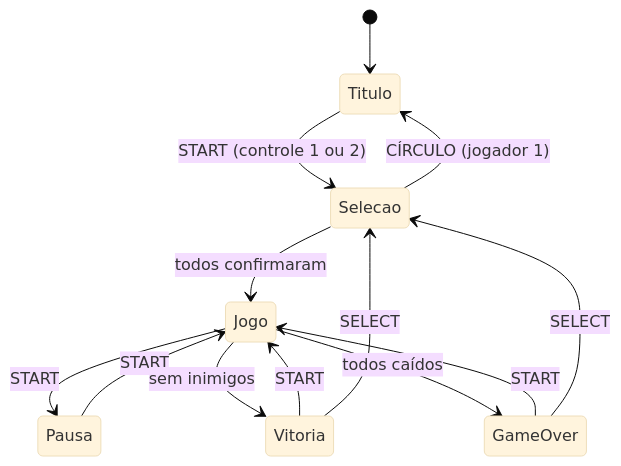
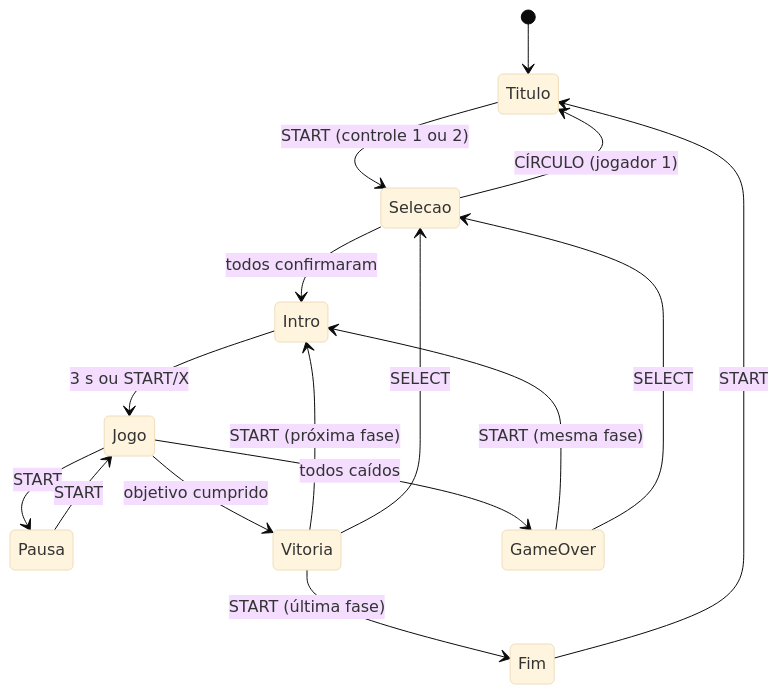
One commit to marcosnobre26/psx-arena changed the second of 2 diagrams in README.md. Above: the diagram before and after it, drawn with Mermaid (base theme). The commit also changed other lines of this file and 3 other files, not shown here.

````diff
--- a/README.md
+++ b/README.md
@@ -314,15 +316,18 @@
 ```mermaid
 stateDiagram-v2
     [*] --> Titulo
     Titulo --> Selecao: START (controle 1 ou 2)
     Selecao --> Titulo: CÍRCULO (jogador 1)
-    Selecao --> Jogo: todos confirmaram
+    Selecao --> Intro: todos confirmaram
+    Intro --> Jogo: 3 s ou START/X
     Jogo --> Pausa: START
     Pausa --> Jogo: START
-    Jogo --> Vitoria: sem inimigos
+    Jogo --> Vitoria: objetivo cumprido
     Jogo --> GameOver: todos caídos
-    Vitoria --> Jogo: START
-    GameOver --> Jogo: START
+    Vitoria --> Intro: START (próxima fase)
+    Vitoria --> Fim: START (última fase)
+    Fim --> Titulo: START
+    GameOver --> Intro: START (mesma fase)
     Vitoria --> Selecao: SELECT
     GameOver --> Selecao: SELECT
 ```
````
